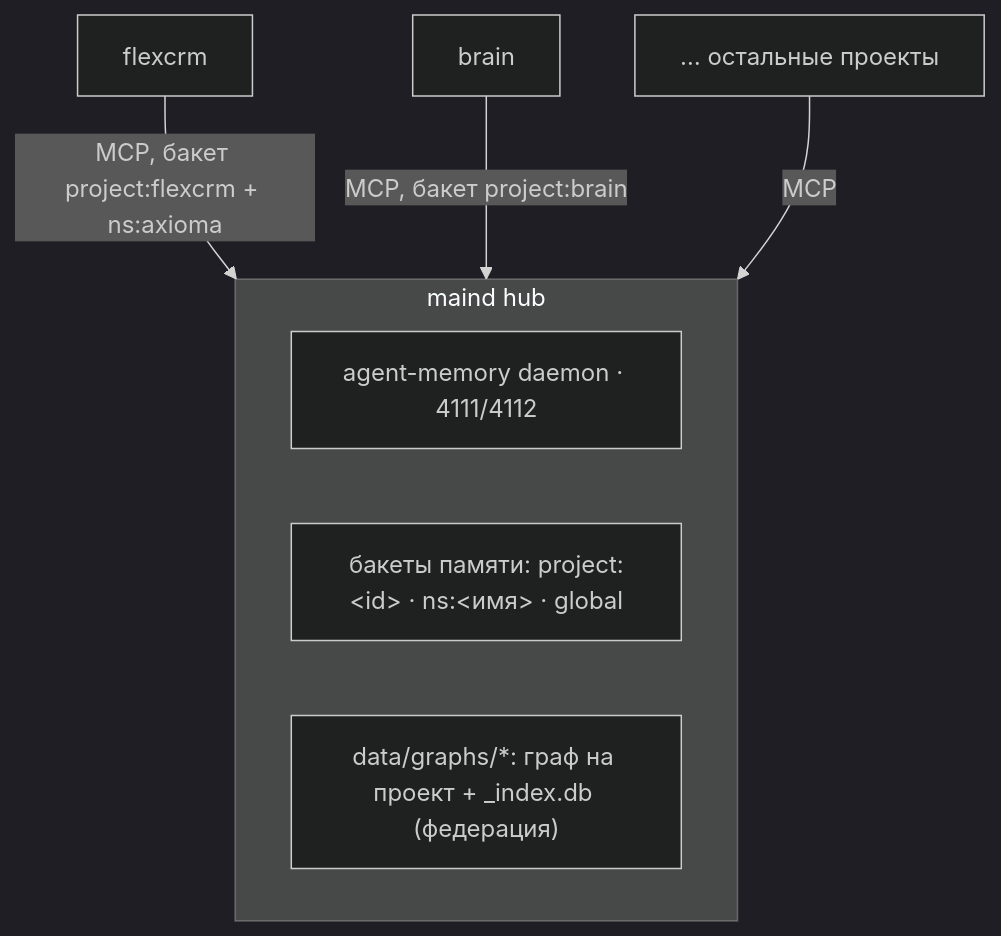
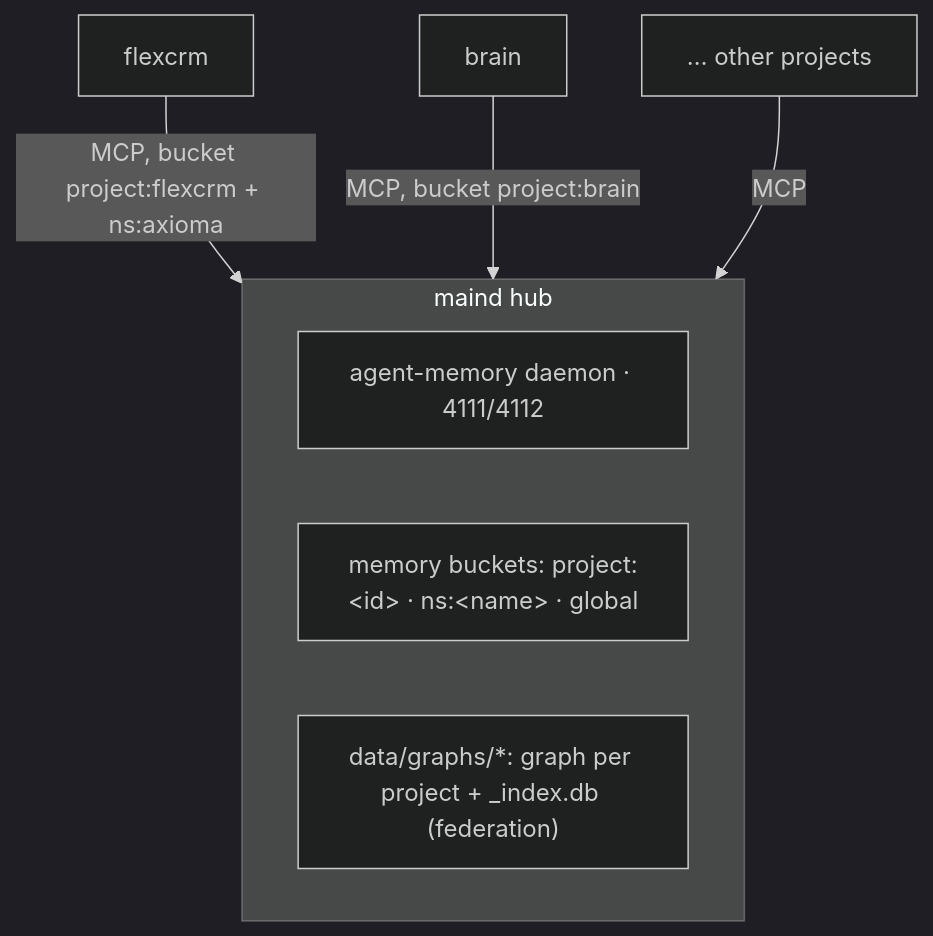
One commit to academici/swissknifeman changed the third of 6 diagrams in packages/maind/docs/ecosystem.md. Above: the diagram before and after it, drawn with Mermaid (dark theme). The commit also changed other lines of this file and 1553 other files, not shown here.

````diff
--- a/packages/maind/docs/ecosystem.md
+++ b/packages/maind/docs/ecosystem.md
@@ -71,11 +71,11 @@
 ```mermaid
 graph TD
   subgraph hub["maind hub"]
     D["agent-memory daemon · 4111/4112"]
-    NS["бакеты памяти: project:&lt;id&gt; · ns:&lt;имя&gt; · global"]
-    G["data/graphs/*: граф на проект + _index.db (федерация)"]
+    NS["memory buckets: project:&lt;id&gt; · ns:&lt;name&gt; · global"]
+    G["data/graphs/*: graph per project + _index.db (federation)"]
   end
-  flexcrm -->|MCP, бакет project:flexcrm + ns:axioma| hub
-  brain -->|MCP, бакет project:brain| hub
-  others["… остальные проекты"] -->|MCP| hub
+  flexcrm -->|MCP, bucket project:flexcrm + ns:axioma| hub
+  brain -->|MCP, bucket project:brain| hub
+  others["… other projects"] -->|MCP| hub
 ```
````
